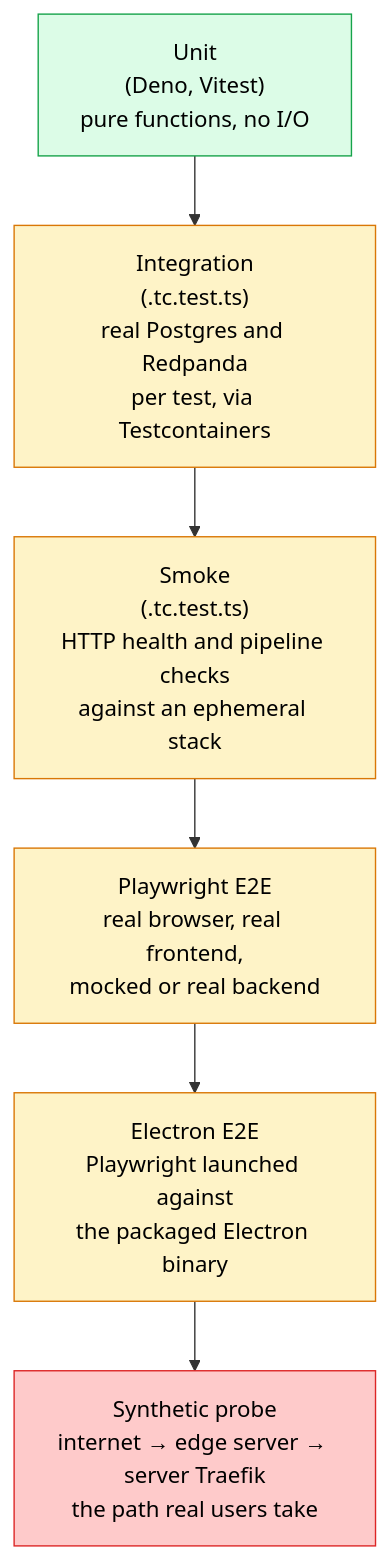
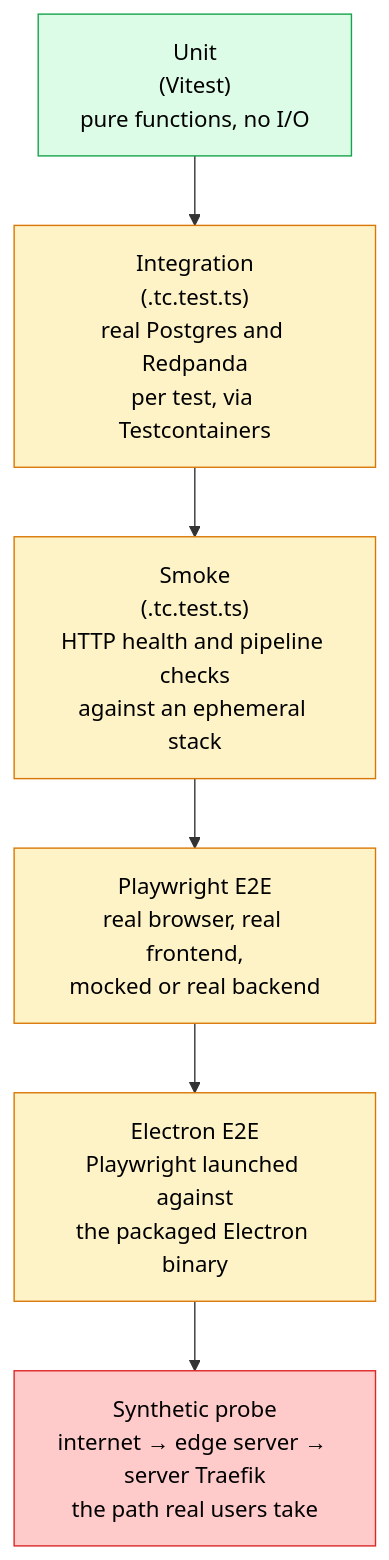
Before and after one commit to milesburton/veta-trading-platform: the first of 3 diagrams in docs/site/src/content/docs/development/testing/index.mdx, drawn with Mermaid. The commit also changed other lines of this file and 435 other files, not shown here.

````diff
--- a/docs/site/src/content/docs/development/testing/index.mdx
+++ b/docs/site/src/content/docs/development/testing/index.mdx
@@ -31,15 +31,15 @@
 ```mermaid
 graph TD
-    UNIT["Unit<br/>(Deno, Vitest)<br/>pure functions, no I/O"]:::fast
+    UNIT["Unit<br/>(Vitest)<br/>pure functions, no I/O"]:::fast
     INT["Integration<br/>(.tc.test.ts)<br/>real Postgres and Redpanda<br/>per test, via Testcontainers"]:::mid
     SMOKE["Smoke<br/>(.tc.test.ts)<br/>HTTP health and pipeline checks<br/>against an ephemeral stack"]:::mid
     PW["Playwright E2E<br/>real browser, real frontend,<br/>mocked or real backend"]:::mid
     EL["Electron E2E<br/>Playwright launched against<br/>the packaged Electron binary"]:::mid
     PROBE["Synthetic probe<br/>internet → edge server → server Traefik<br/>the path real users take"]:::slow
 
     UNIT --> INT --> SMOKE --> PW --> EL --> PROBE
 
     classDef fast fill:#dcfce7,stroke:#16a34a,color:#000
     classDef mid fill:#fef3c7,stroke:#d97706,color:#000
     classDef slow fill:#fecaca,stroke:#dc2626,color:#000
 ```
````
